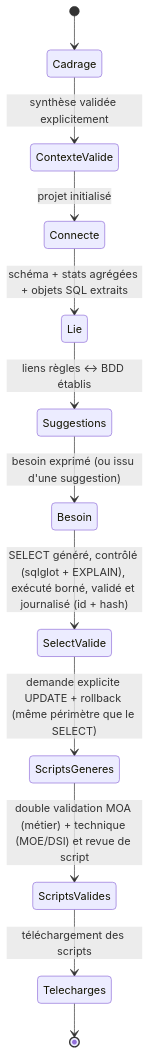
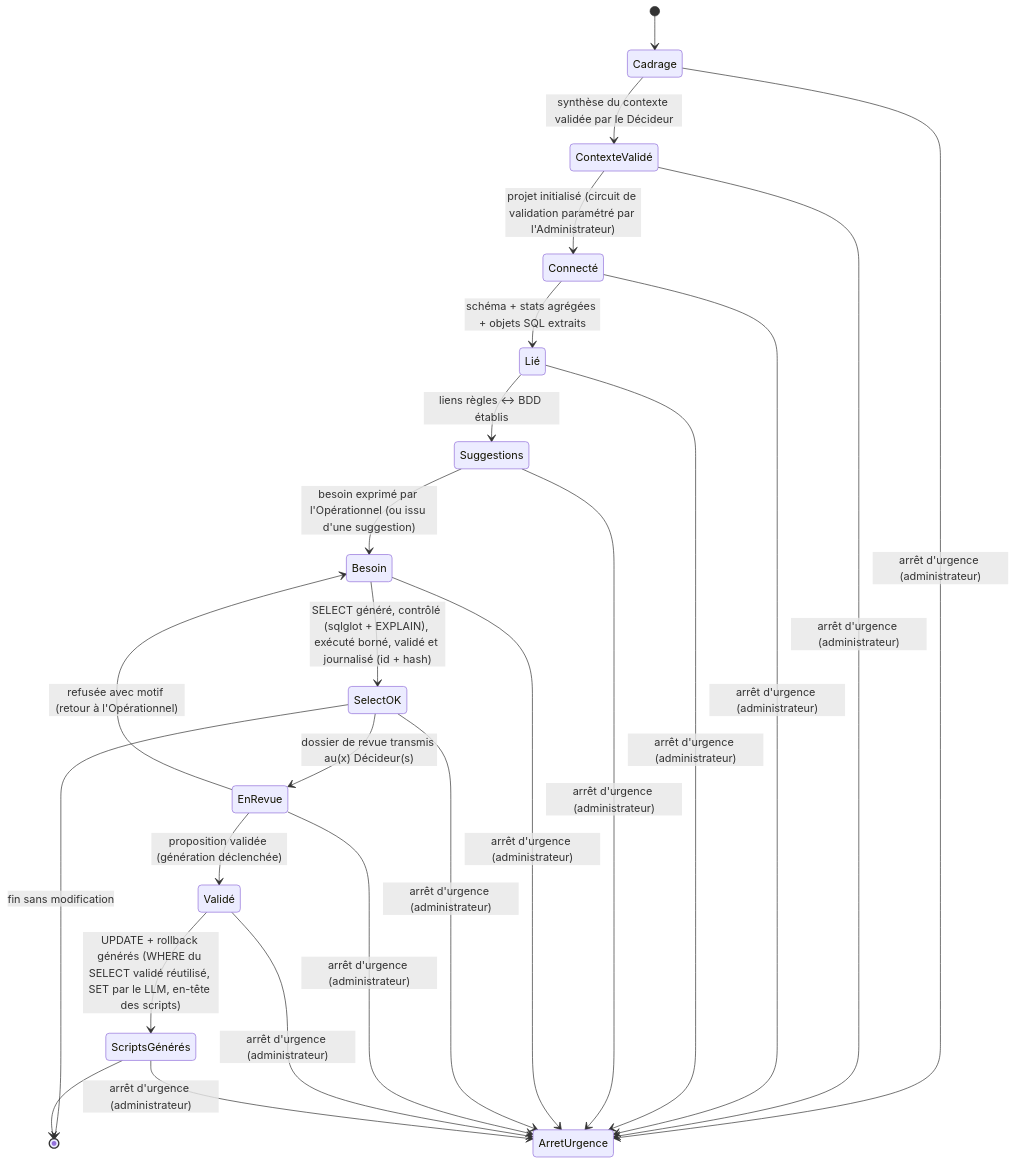
Before and after one commit to Choori279/Yasna: the second of 5 diagrams in Yasna_Schemas_Parcours.md, drawn with Mermaid. The commit also changed other lines of this file and 1 other file, not shown here.

Commit message:
docs(D): machine a etats refaite (EnRevue, refus avec motif, SelectOK terminal, ArretUrgence)

````diff
--- a/Yasna_Schemas_Parcours.md
+++ b/Yasna_Schemas_Parcours.md
@@ -64,14 +64,34 @@
 ```mermaid
 stateDiagram-v2
+    state "ContexteValidé" as ContexteValide
+    state "Connecté" as Connecte
+    state "Lié" as Lie
+    state "Validé" as Valide
+    state "ScriptsGénérés" as ScriptsGeneres
+    state "ArretUrgence" as ArretUrgence
+
     [*] --> Cadrage
-    Cadrage --> ContexteValide : synthèse validée explicitement
-    ContexteValide --> Connecte : projet initialisé
+    Cadrage --> ContexteValide : synthèse du contexte validée par le Décideur
+    ContexteValide --> Connecte : projet initialisé (circuit de validation paramétré par l'Administrateur)
     Connecte --> Lie : schéma + stats agrégées + objets SQL extraits
     Lie --> Suggestions : liens règles ↔ BDD établis
-    Suggestions --> Besoin : besoin exprimé (ou issu d'une suggestion)
-    Besoin --> SelectValide : SELECT généré, contrôlé (sqlglot + EXPLAIN), exécuté borné, validé et journalisé (id + hash)
-    SelectValide --> ScriptsGeneres : demande explicite UPDATE + rollback (même périmètre que le SELECT)
-    ScriptsGeneres --> ScriptsValides : double validation MOA (métier) + technique (MOE/DSI) et revue de script
-    ScriptsValides --> Telecharges : téléchargement des scripts
-    Telecharges --> [*]
+    Suggestions --> Besoin : besoin exprimé par l'Opérationnel (ou issu d'une suggestion)
+    Besoin --> SelectOK : SELECT généré, contrôlé (sqlglot + EXPLAIN), exécuté borné, validé et journalisé (id + hash)
+    SelectOK --> [*] : fin sans modification
+    SelectOK --> EnRevue : dossier de revue transmis au(x) Décideur(s)
+    EnRevue --> Besoin : refusée avec motif (retour à l'Opérationnel)
+    EnRevue --> Valide : proposition validée (génération déclenchée)
+    Valide --> ScriptsGeneres : UPDATE + rollback générés (WHERE du SELECT validé réutilisé, SET par le LLM, en-tête des scripts)
+    ScriptsGeneres --> [*]
+
+    Cadrage --> ArretUrgence : arrêt d'urgence (administrateur)
+    ContexteValide --> ArretUrgence : arrêt d'urgence (administrateur)
+    Connecte --> ArretUrgence : arrêt d'urgence (administrateur)
+    Lie --> ArretUrgence : arrêt d'urgence (administrateur)
+    Suggestions --> ArretUrgence : arrêt d'urgence (administrateur)
+    Besoin --> ArretUrgence : arrêt d'urgence (administrateur)
+    SelectOK --> ArretUrgence : arrêt d'urgence (administrateur)
+    EnRevue --> ArretUrgence : arrêt d'urgence (administrateur)
+    Valide --> ArretUrgence : arrêt d'urgence (administrateur)
+    ScriptsGeneres --> ArretUrgence : arrêt d'urgence (administrateur)
 ```
````
